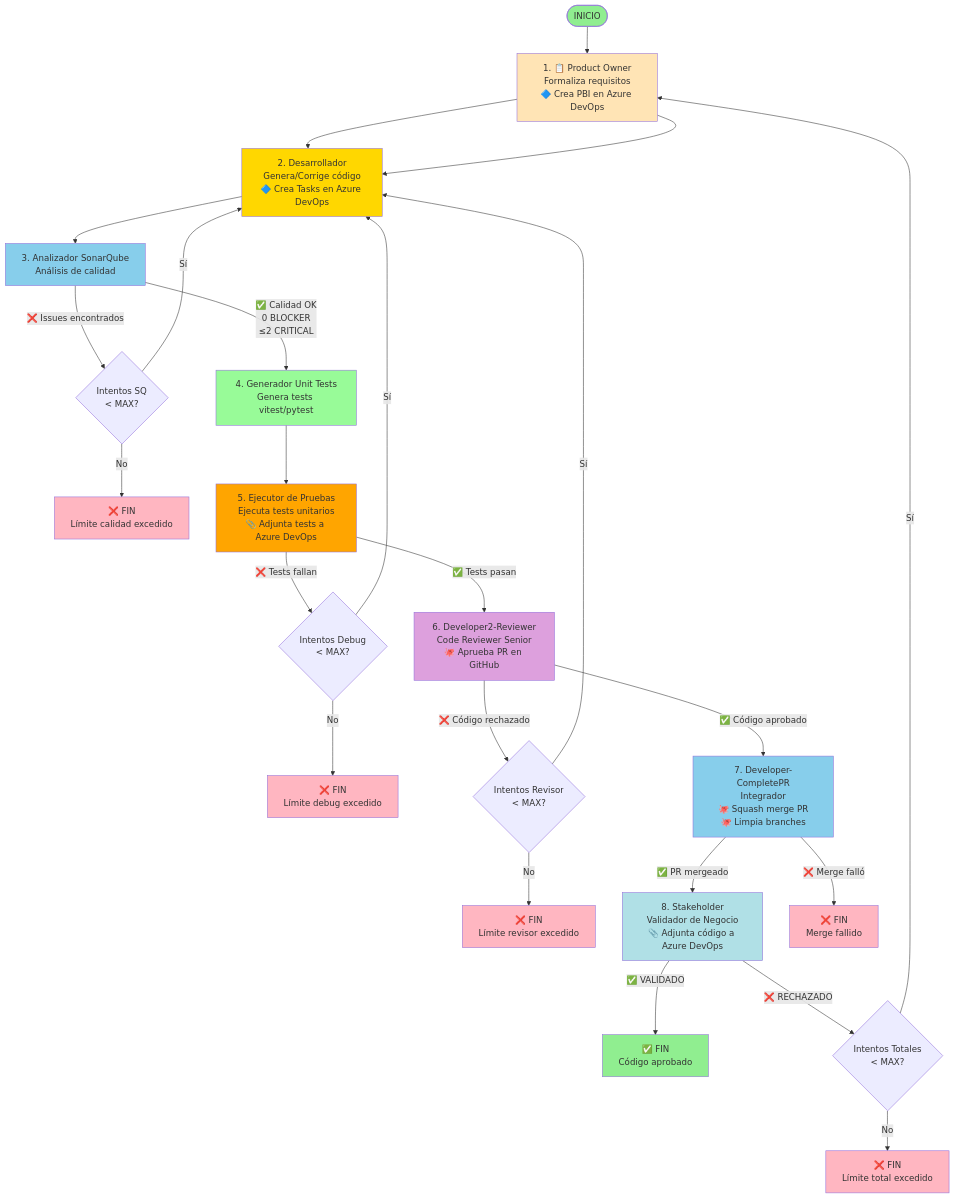
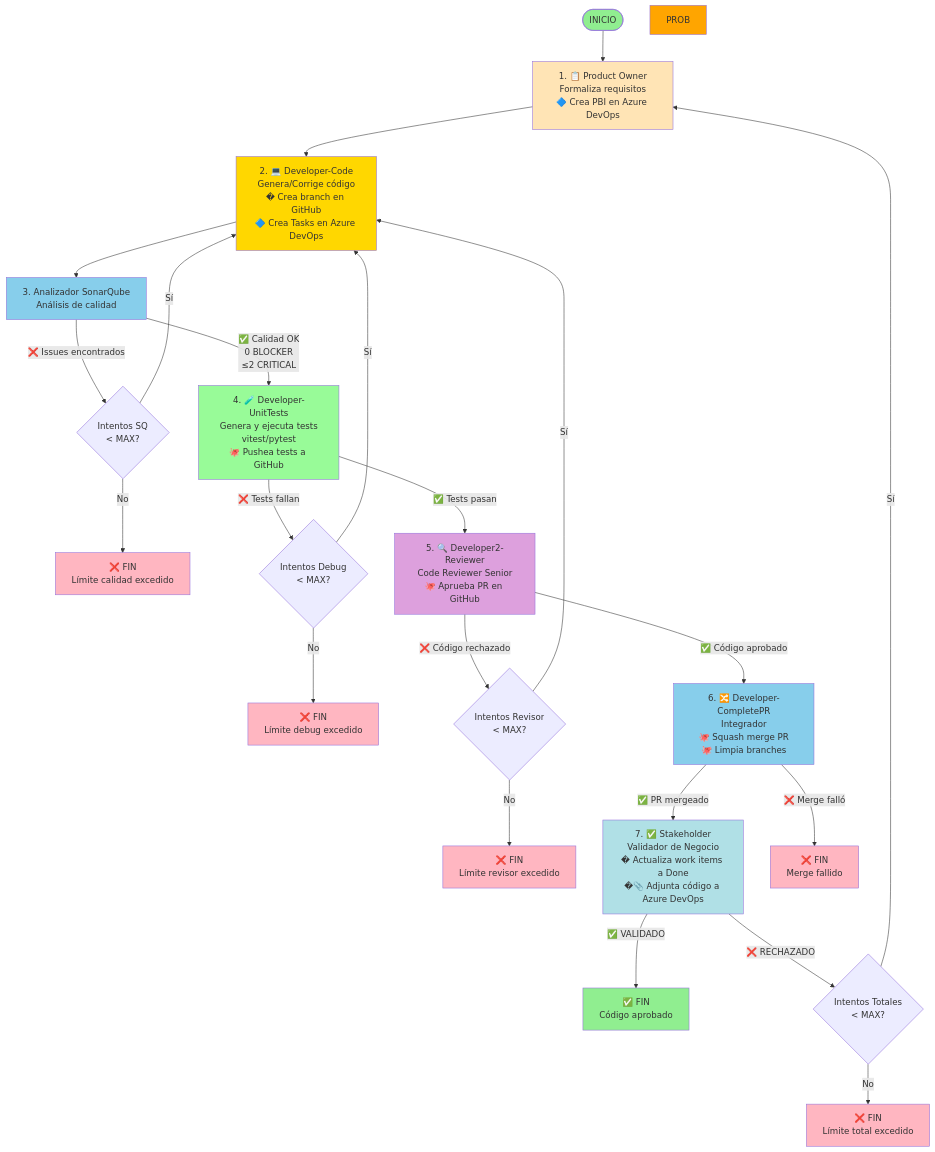
One commit to DavidVelazquezBernal/Capstone-proyect changed the diagram in FLOW_DIAGRAM.md. Above: the diagram before and after it, drawn with Mermaid. The commit also changed other lines of this file and 10 other files, not shown here.

````diff
--- a/FLOW_DIAGRAM.md
+++ b/FLOW_DIAGRAM.md
@@ -17,49 +17,46 @@
 ```mermaid
 graph TD
     START([INICIO]) --> PO[1. 📋 Product Owner<br/>Formaliza requisitos<br/>🔷 Crea PBI en Azure DevOps]
-    PO --> DEV[2. 💻 Desarrollador<br/>Genera/Corrige código<br/>🔷 Crea Tasks en Azure DevOps]
-    PO --> DEV[2. Desarrollador<br/>Genera/Corrige código<br/>🔷 Crea Tasks en Azure DevOps]
+    PO --> DEV[2. 💻 Developer-Code<br/>Genera/Corrige código<br/>� Crea branch en GitHub<br/>🔷 Crea Tasks en Azure DevOps]
     
     DEV --> SQ[3. Analizador SonarQube<br/>Análisis de calidad]
     
-    SQ -->|✅ Calidad OK<br/>0 BLOCKER<br/>≤2 CRITICAL| GUT[4. Generador Unit Tests<br/>Genera tests vitest/pytest]
+    SQ -->|✅ Calidad OK<br/>0 BLOCKER<br/>≤2 CRITICAL| GUT[4. 🧪 Developer-UnitTests<br/>Genera y ejecuta tests<br/>vitest/pytest<br/>🐙 Pushea tests a GitHub]
     SQ -->|❌ Issues encontrados| SQCHECK{Intentos SQ<br/>< MAX?}
     SQCHECK -->|Sí| DEV
     SQCHECK -->|No| ENDLIMIT1[❌ FIN<br/>Límite calidad excedido]
     
-    GUT --> PROB[5. Ejecutor de Pruebas<br/>Ejecuta tests unitarios<br/>📎 Adjunta tests a Azure DevOps]
-    
-    PROB -->|✅ Tests pasan| REV[6. Developer2-Reviewer<br/>Code Reviewer Senior<br/>🐙 Aprueba PR en GitHub]
-    PROB -->|❌ Tests fallan| DEBUGCHECK{Intentos Debug<br/>< MAX?}
+    GUT -->|✅ Tests pasan| REV[5. 🔍 Developer2-Reviewer<br/>Code Reviewer Senior<br/>🐙 Aprueba PR en GitHub]
+    GUT -->|❌ Tests fallan| DEBUGCHECK{Intentos Debug<br/>< MAX?}
     DEBUGCHECK -->|Sí| DEV
     DEBUGCHECK -->|No| ENDLIMIT2[❌ FIN<br/>Límite debug excedido]
     
-    REV -->|✅ Código aprobado| MERGE[7. Developer-CompletePR<br/>Integrador<br/>🐙 Squash merge PR<br/>🐙 Limpia branches]
+    REV -->|✅ Código aprobado| MERGE[6. 🔀 Developer-CompletePR<br/>Integrador<br/>🐙 Squash merge PR<br/>🐙 Limpia branches]
     REV -->|❌ Código rechazado| REVCHECK{Intentos Revisor<br/>< MAX?}
     REVCHECK -->|Sí| DEV
     REVCHECK -->|No| ENDLIMIT3[❌ FIN<br/>Límite revisor excedido]
     
-    MERGE -->|✅ PR mergeado| SH[8. Stakeholder<br/>Validador de Negocio<br/>📎 Adjunta código a Azure DevOps]
+    MERGE -->|✅ PR mergeado| SH[7. ✅ Stakeholder<br/>Validador de Negocio<br/>� Actualiza work items a Done<br/>�📎 Adjunta código a Azure DevOps]
     MERGE -->|❌ Merge falló| ENDLIMIT4[❌ FIN<br/>Merge fallido]
     
     SH -->|✅ VALIDADO| ENDSUCCESS[✅ FIN<br/>Código aprobado]
     SH -->|❌ RECHAZADO| ATTEMPTCHECK{Intentos Totales<br/>< MAX?}
     ATTEMPTCHECK -->|Sí| PO
     ATTEMPTCHECK -->|No| ENDFINAL[❌ FIN<br/>Límite total excedido]
     
     style START fill:#90EE90
     style ENDSUCCESS fill:#90EE90
     style ENDLIMIT1 fill:#FFB6C1
     style ENDLIMIT2 fill:#FFB6C1
     style ENDLIMIT3 fill:#FFB6C1
     style ENDLIMIT4 fill:#FFB6C1
     style ENDFINAL fill:#FFB6C1
     style SQ fill:#87CEEB
     style GUT fill:#98FB98
     style DEV fill:#FFD700
     style PROB fill:#FFA500
     style REV fill:#DDA0DD
     style MERGE fill:#87CEEB
     style SH fill:#B0E0E6
     style PO fill:#FFE4B5
 ```
````
